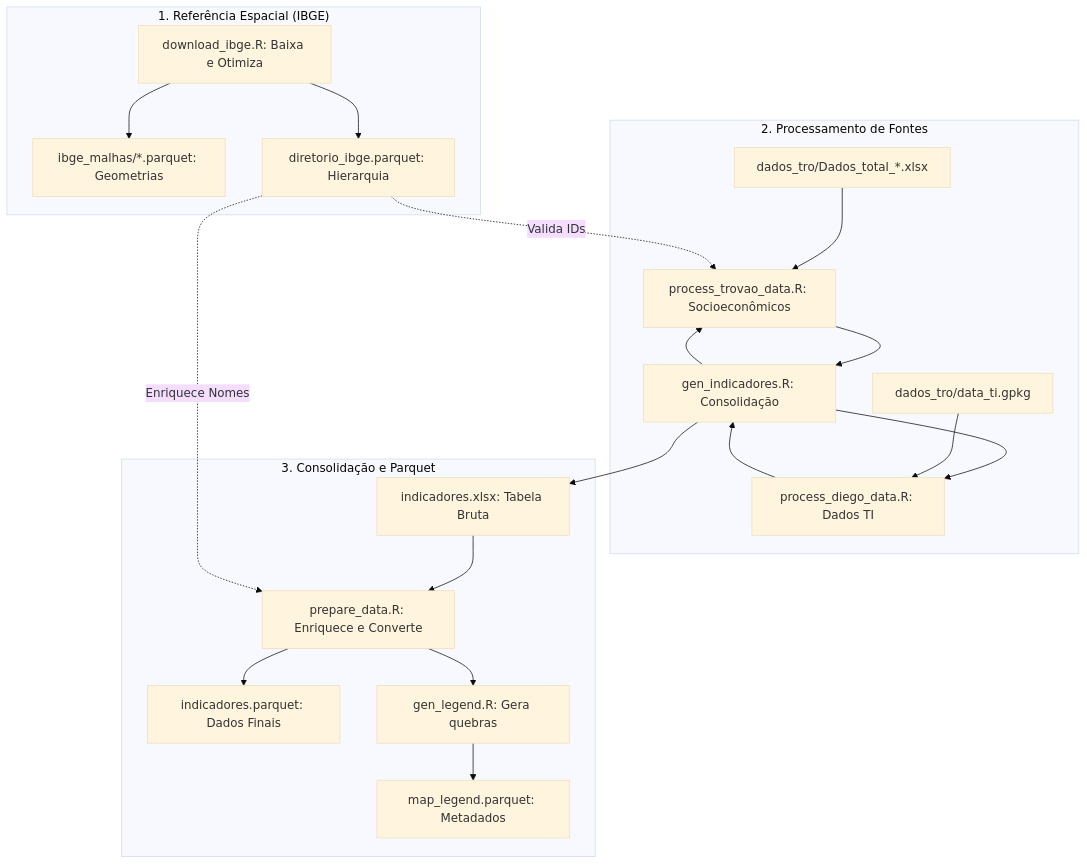
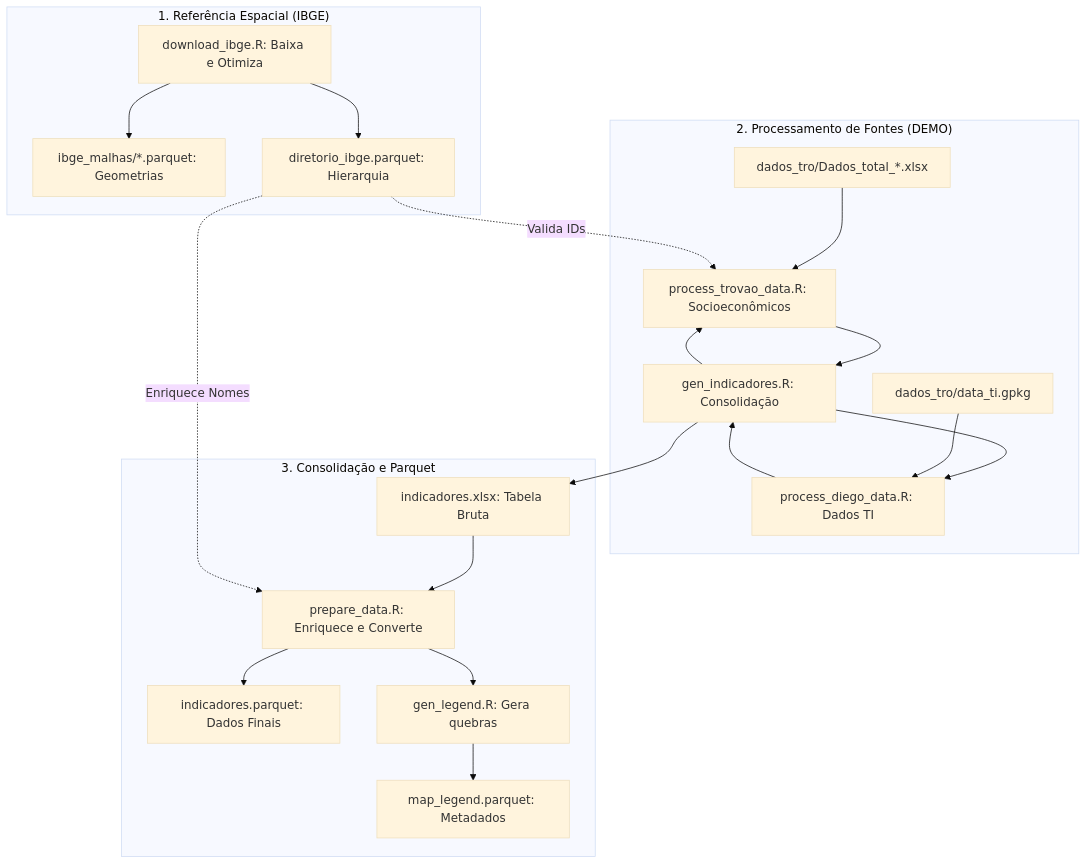
One commit to inct-labplan/shiny-it changed the second of 2 diagrams in README.md. Above: the diagram before and after it, drawn with Mermaid (base theme). The commit also changed other lines of this file, not shown here.

````diff
--- a/README.md
+++ b/README.md
@@ -29,42 +126,42 @@
 ```mermaid
 graph TD
     subgraph SG1 ["1. Referência Espacial (IBGE)"]
         D_IBGE["download_ibge.R: Baixa e Otimiza"]
         MALHAS["ibge_malhas/*.parquet: Geometrias"]
         DIR["diretorio_ibge.parquet: Hierarquia"]
         D_IBGE --> MALHAS
         D_IBGE --> DIR
     end
 
-    subgraph SG2 ["2. Processamento de Fontes"]
+    subgraph SG2 ["2. Processamento de Fontes (DEMO)"]
         GEN["gen_indicadores.R: Consolidação"]
         P_DIEGO["process_diego_data.R: Dados TI"]
         P_TROVAO["process_trovao_data.R: Socioeconômicos"]
-        
+
         IN_TI["dados_tro/data_ti.gpkg"]
         IN_SOCIO["dados_tro/Dados_total_*.xlsx"]
 
         GEN --> P_DIEGO
         GEN --> P_TROVAO
         IN_TI --> P_DIEGO
         IN_SOCIO --> P_TROVAO
         DIR -.->|Valida IDs| P_TROVAO
     end
 
     subgraph SG3 ["3. Consolidação e Parquet"]
         XLSX["indicadores.xlsx: Tabela Bruta"]
         PREP["prepare_data.R: Enriquece e Converte"]
         PARQUET["indicadores.parquet: Dados Finais"]
         LEG_GEN["gen_legend.R: Gera quebras"]
         LEG_PQ["map_legend.parquet: Metadados"]
 
         P_DIEGO --> GEN
         P_TROVAO --> GEN
         GEN --> XLSX
         XLSX --> PREP
         DIR -.->|Enriquece Nomes| PREP
         PREP --> PARQUET
         PREP --> LEG_GEN
         LEG_GEN --> LEG_PQ
     end
 ```
````
